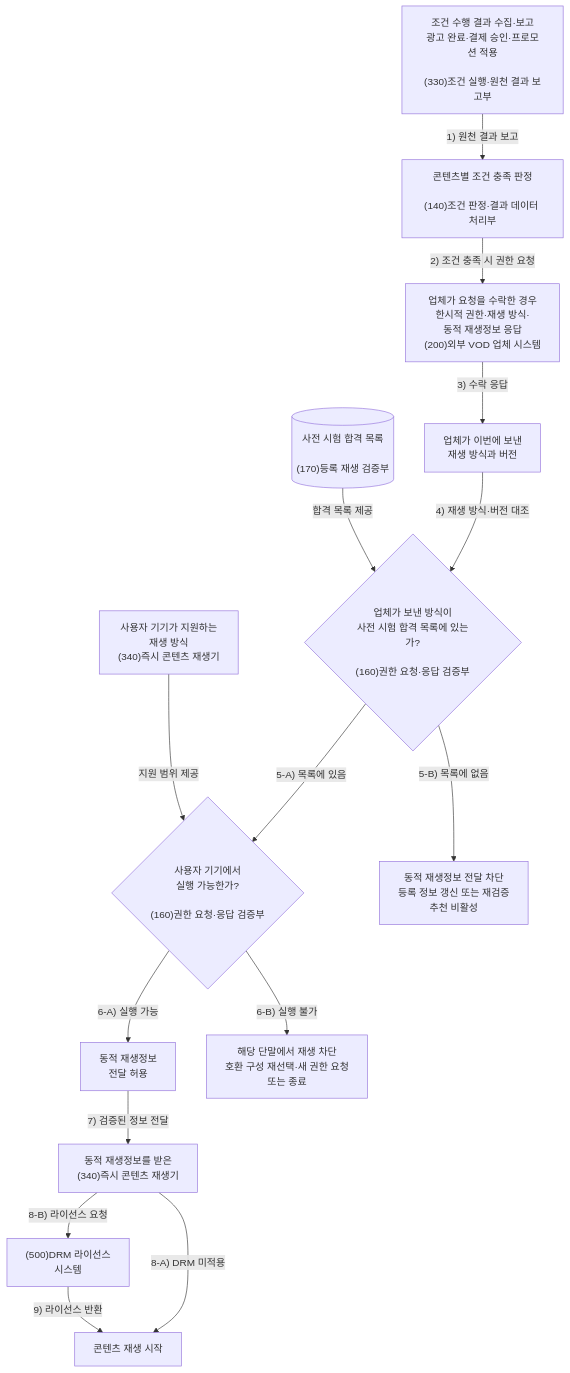
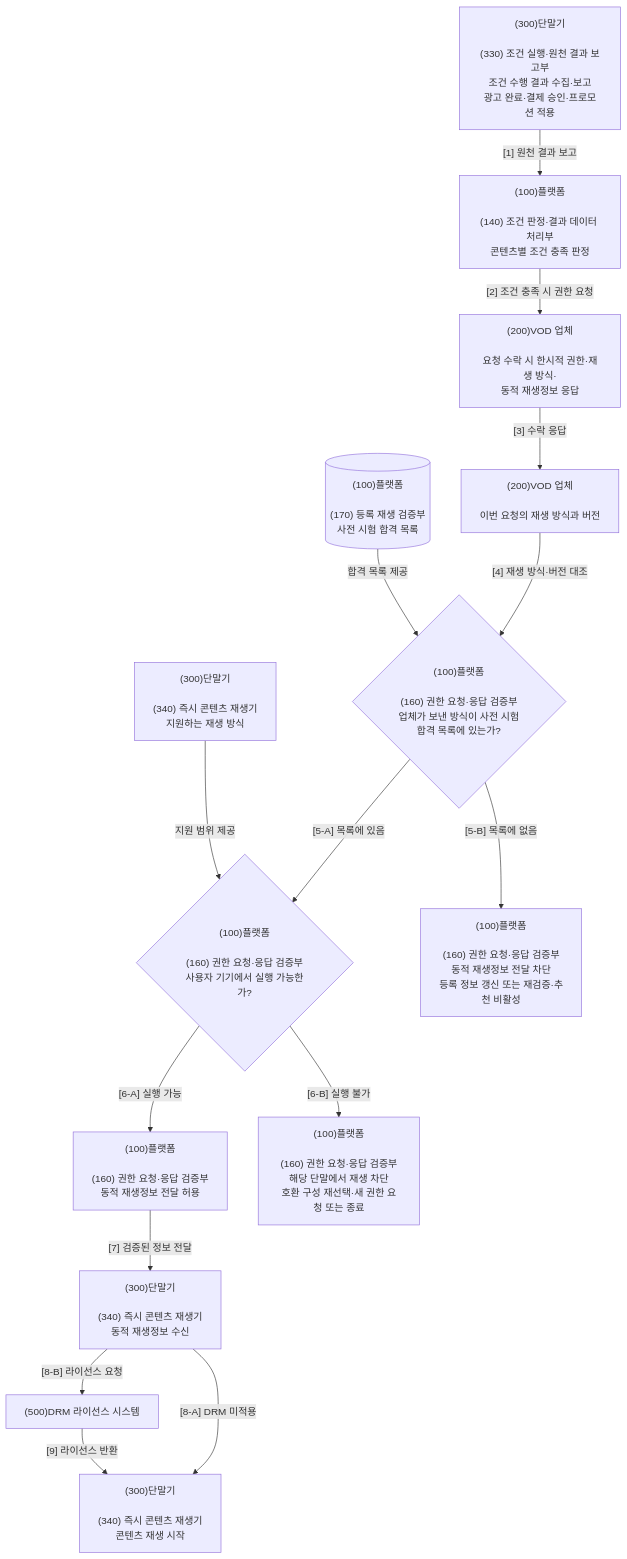
One commit to growdai1y/instant-play changed the fourth of 11 diagrams in instant_play_직무발명서_가독성개선본.md. Above: the diagram before and after it, drawn with Mermaid. The commit also changed other lines of this file and 1 other file, not shown here.

Commit message:
Standardize Mermaid diagram labels

````diff
--- a/instant_play_직무발명서_가독성개선본.md
+++ b/instant_play_직무발명서_가독성개선본.md
@@ -259,32 +259,32 @@
 ```mermaid
 flowchart TB
-    SOURCE330["조건 수행 결과 수집·보고<br/>광고 완료·결제 승인·프로모션 적용<br/><br/>(330)조건 실행·원천 결과 보고부"]
-    DECISION140["콘텐츠별 조건 충족 판정<br/><br/>(140)조건 판정·결과 데이터 처리부"]
-    PROVIDER200["업체가 요청을 수락한 경우<br/>한시적 권한·재생 방식·<br/>동적 재생정보 응답<br/>(200)외부 VOD 업체 시스템"]
-    CONFIG200["업체가 이번에 보낸<br/>재생 방식과 버전"]
-    VERIFIED170[("사전 시험 합격 목록<br/><br/>(170)등록 재생 검증부")]
-    CHECK_VERIFIED{"업체가 보낸 방식이<br/>사전 시험 합격 목록에 있는가?<br/><br/>(160)권한 요청·응답 검증부"}
-    CAPABILITY340["사용자 기기가 지원하는<br/>재생 방식<br/>(340)즉시 콘텐츠 재생기"]
-    CHECK_DEVICE{"사용자 기기에서<br/>실행 가능한가?<br/><br/>(160)권한 요청·응답 검증부"}
-    DELIVER["동적 재생정보<br/>전달 허용"]
-    PLAYER340["동적 재생정보를 받은<br/>(340)즉시 콘텐츠 재생기"]
-    DRM["(500)DRM 라이선스<br/>시스템"]
-    PLAY["콘텐츠 재생 시작"]
-    CONFIG_BLOCK["동적 재생정보 전달 차단<br/>등록 정보 갱신 또는 재검증<br/>추천 비활성"]
-    DEVICE_BLOCK["해당 단말에서 재생 차단<br/>호환 구성 재선택·새 권한 요청<br/>또는 종료"]
+    SOURCE330["(300)단말기<br/><br/>(330) 조건 실행·원천 결과 보고부<br/>조건 수행 결과 수집·보고<br/>광고 완료·결제 승인·프로모션 적용"]
+    DECISION140["(100)플랫폼<br/><br/>(140) 조건 판정·결과 데이터 처리부<br/>콘텐츠별 조건 충족 판정"]
+    PROVIDER200["(200)VOD 업체<br/><br/>요청 수락 시 한시적 권한·재생 방식·<br/>동적 재생정보 응답"]
+    CONFIG200["(200)VOD 업체<br/><br/>이번 요청의 재생 방식과 버전"]
+    VERIFIED170[("(100)플랫폼<br/><br/>(170) 등록 재생 검증부<br/>사전 시험 합격 목록")]
+    CHECK_VERIFIED{"(100)플랫폼<br/><br/>(160) 권한 요청·응답 검증부<br/>업체가 보낸 방식이 사전 시험<br/>합격 목록에 있는가?"}
+    CAPABILITY340["(300)단말기<br/><br/>(340) 즉시 콘텐츠 재생기<br/>지원하는 재생 방식"]
+    CHECK_DEVICE{"(100)플랫폼<br/><br/>(160) 권한 요청·응답 검증부<br/>사용자 기기에서 실행 가능한가?"}
+    DELIVER["(100)플랫폼<br/><br/>(160) 권한 요청·응답 검증부<br/>동적 재생정보 전달 허용"]
+    PLAYER340["(300)단말기<br/><br/>(340) 즉시 콘텐츠 재생기<br/>동적 재생정보 수신"]
+    DRM["(500)DRM 라이선스 시스템"]
+    PLAY["(300)단말기<br/><br/>(340) 즉시 콘텐츠 재생기<br/>콘텐츠 재생 시작"]
+    CONFIG_BLOCK["(100)플랫폼<br/><br/>(160) 권한 요청·응답 검증부<br/>동적 재생정보 전달 차단<br/>등록 정보 갱신 또는 재검증·추천 비활성"]
+    DEVICE_BLOCK["(100)플랫폼<br/><br/>(160) 권한 요청·응답 검증부<br/>해당 단말에서 재생 차단<br/>호환 구성 재선택·새 권한 요청 또는 종료"]
 
-    SOURCE330 -->|"1) 원천 결과 보고"| DECISION140
-    DECISION140 -->|"2) 조건 충족 시 권한 요청"| PROVIDER200
-    PROVIDER200 -->|"3) 수락 응답"| CONFIG200
-    CONFIG200 -->|"4) 재생 방식·버전 대조"| CHECK_VERIFIED
+    SOURCE330 -->|"[1] 원천 결과 보고"| DECISION140
+    DECISION140 -->|"[2] 조건 충족 시 권한 요청"| PROVIDER200
+    PROVIDER200 -->|"[3] 수락 응답"| CONFIG200
+    CONFIG200 -->|"[4] 재생 방식·버전 대조"| CHECK_VERIFIED
     VERIFIED170 -->|"합격 목록 제공"| CHECK_VERIFIED
-    CHECK_VERIFIED -->|"5-A) 목록에 있음"| CHECK_DEVICE
-    CHECK_VERIFIED -->|"5-B) 목록에 없음"| CONFIG_BLOCK
+    CHECK_VERIFIED -->|"[5-A] 목록에 있음"| CHECK_DEVICE
+    CHECK_VERIFIED -->|"[5-B] 목록에 없음"| CONFIG_BLOCK
     CAPABILITY340 -->|"지원 범위 제공"| CHECK_DEVICE
-    CHECK_DEVICE -->|"6-A) 실행 가능"| DELIVER
-    CHECK_DEVICE -->|"6-B) 실행 불가"| DEVICE_BLOCK
-    DELIVER -->|"7) 검증된 정보 전달"| PLAYER340
-    PLAYER340 -->|"8-A) DRM 미적용"| PLAY
-    PLAYER340 -->|"8-B) 라이선스 요청"| DRM
-    DRM -->|"9) 라이선스 반환"| PLAY
+    CHECK_DEVICE -->|"[6-A] 실행 가능"| DELIVER
+    CHECK_DEVICE -->|"[6-B] 실행 불가"| DEVICE_BLOCK
+    DELIVER -->|"[7] 검증된 정보 전달"| PLAYER340
+    PLAYER340 -->|"[8-A] DRM 미적용"| PLAY
+    PLAYER340 -->|"[8-B] 라이선스 요청"| DRM
+    DRM -->|"[9] 라이선스 반환"| PLAY
 ```
````
